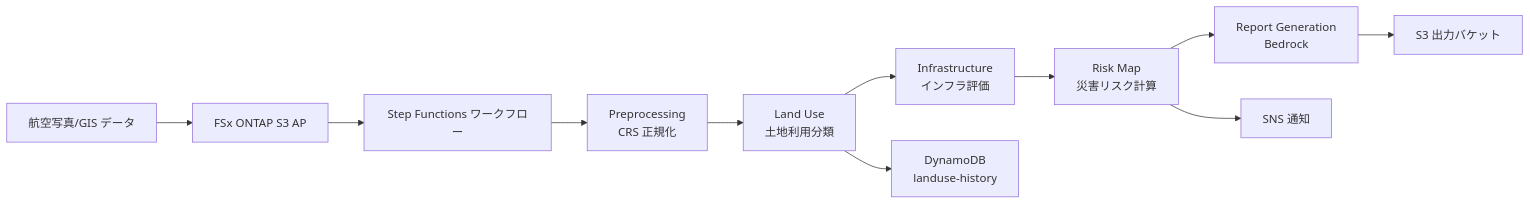
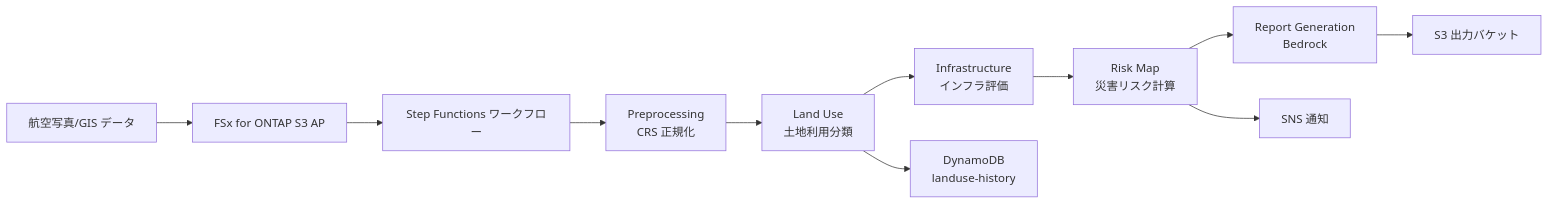
The diagram in smart-city-geospatial/docs/demo-guide.md (Yoshiki0705/FSx-for-ONTAP-S3AccessPoints-Serverless-Patterns), drawn with Mermaid before and after one commit. The commit also changed other lines of this file and 752 other files, not shown here.

````diff
--- a/smart-city-geospatial/docs/demo-guide.md
+++ b/smart-city-geospatial/docs/demo-guide.md
@@ -23,13 +23,13 @@
 ```mermaid
 graph LR
-    A[航空写真/GIS データ] --> B[FSx ONTAP S3 AP]
+    A[航空写真/GIS データ] --> B[FSx for ONTAP S3 AP]
     B --> C[Step Functions ワークフロー]
     C --> D[Preprocessing<br/>CRS 正規化]
     D --> E[Land Use<br/>土地利用分類]
     E --> F[Infrastructure<br/>インフラ評価]
     F --> G[Risk Map<br/>災害リスク計算]
     G --> H[Report Generation<br/>Bedrock]
     H --> I[S3 出力バケット]
     E --> J[DynamoDB<br/>landuse-history]
     G --> K[SNS 通知]
 ```
````
